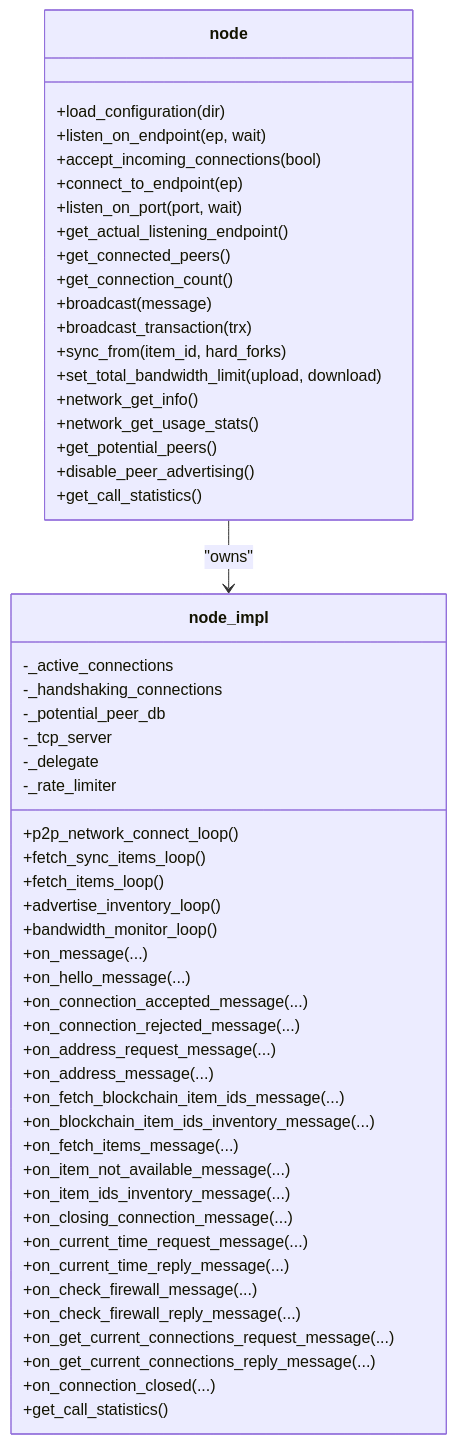
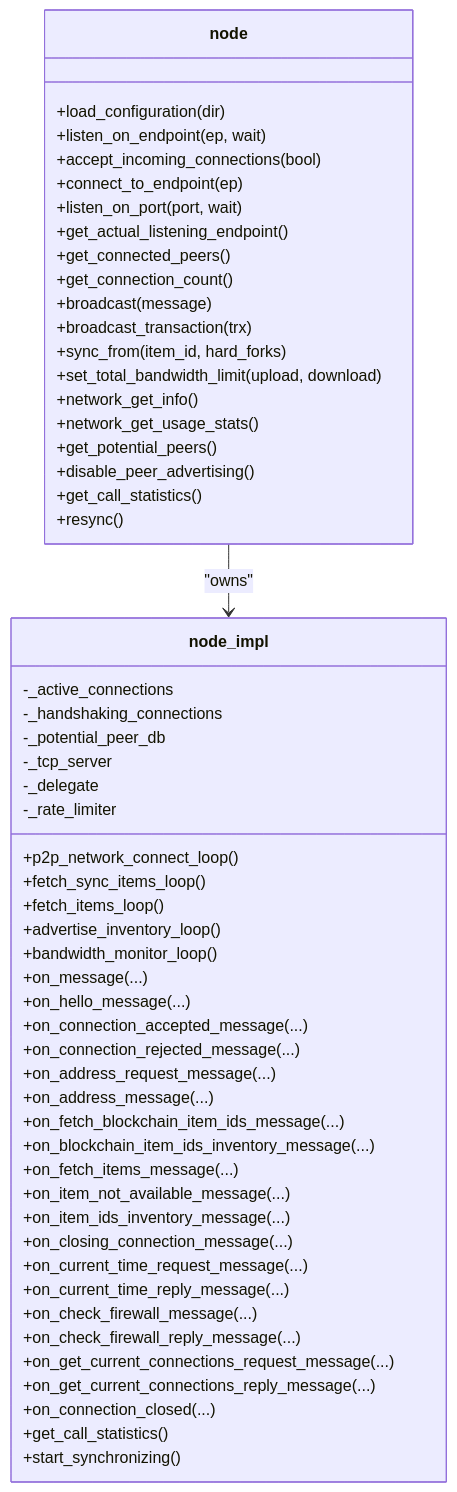
One commit to VIZ-Blockchain/viz-cpp-node changed the third of 13 diagrams in .qoder/repowiki/en/content/Architecture Overview/Core Libraries/Network Library/Network Library.md. Above: the diagram before and after it, drawn with Mermaid. The commit also changed other lines of this file and 11 other files, not shown here.

````diff
--- a/.qoder/repowiki/en/content/Architecture Overview/Core Libraries/Network Library/Network Library.md
+++ b/.qoder/repowiki/en/content/Architecture Overview/Core Libraries/Network Library/Network Library.md
@@ -187,56 +200,58 @@
 ```mermaid
 classDiagram
 class node {
 +load_configuration(dir)
 +listen_on_endpoint(ep, wait)
 +accept_incoming_connections(bool)
 +connect_to_endpoint(ep)
 +listen_on_port(port, wait)
 +get_actual_listening_endpoint()
 +get_connected_peers()
 +get_connection_count()
 +broadcast(message)
 +broadcast_transaction(trx)
 +sync_from(item_id, hard_forks)
 +set_total_bandwidth_limit(upload, download)
 +network_get_info()
 +network_get_usage_stats()
 +get_potential_peers()
 +disable_peer_advertising()
 +get_call_statistics()
++resync()
 }
 class node_impl {
 -_active_connections
 -_handshaking_connections
 -_potential_peer_db
 -_tcp_server
 -_delegate
 -_rate_limiter
 +p2p_network_connect_loop()
 +fetch_sync_items_loop()
 +fetch_items_loop()
 +advertise_inventory_loop()
 +bandwidth_monitor_loop()
 +on_message(...)
 +on_hello_message(...)
 +on_connection_accepted_message(...)
 +on_connection_rejected_message(...)
 +on_address_request_message(...)
 +on_address_message(...)
 +on_fetch_blockchain_item_ids_message(...)
 +on_blockchain_item_ids_inventory_message(...)
 +on_fetch_items_message(...)
 +on_item_not_available_message(...)
 +on_item_ids_inventory_message(...)
 +on_closing_connection_message(...)
 +on_current_time_request_message(...)
 +on_current_time_reply_message(...)
 +on_check_firewall_message(...)
 +on_check_firewall_reply_message(...)
 +on_get_current_connections_request_message(...)
 +on_get_current_connections_reply_message(...)
 +on_connection_closed(...)
 +get_call_statistics()
++start_synchronizing()
 }
 node --> node_impl : "owns"
 ```
````
